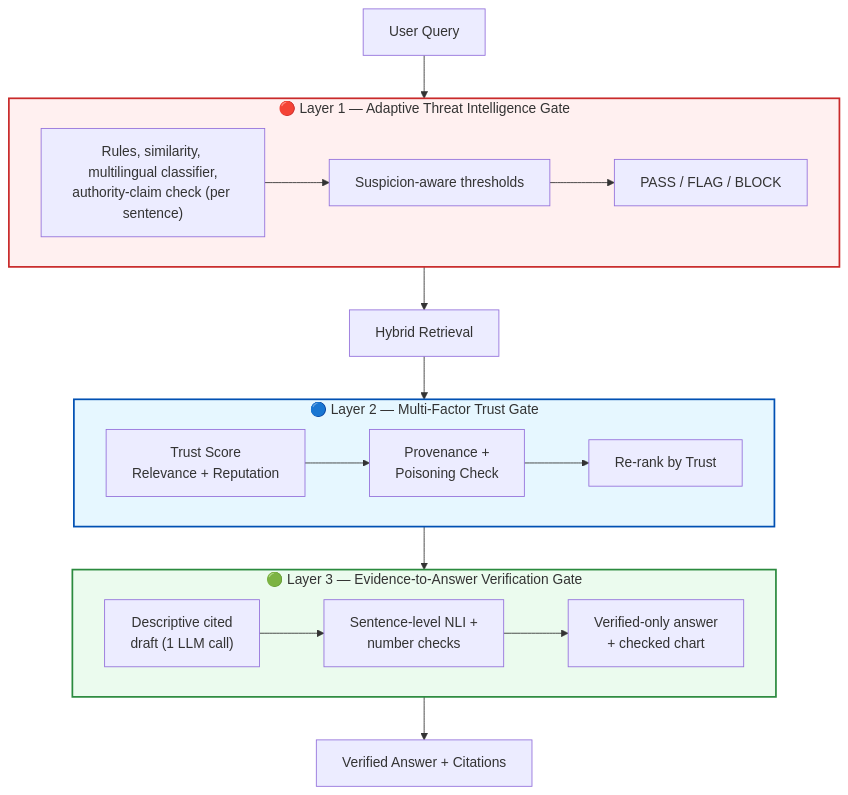
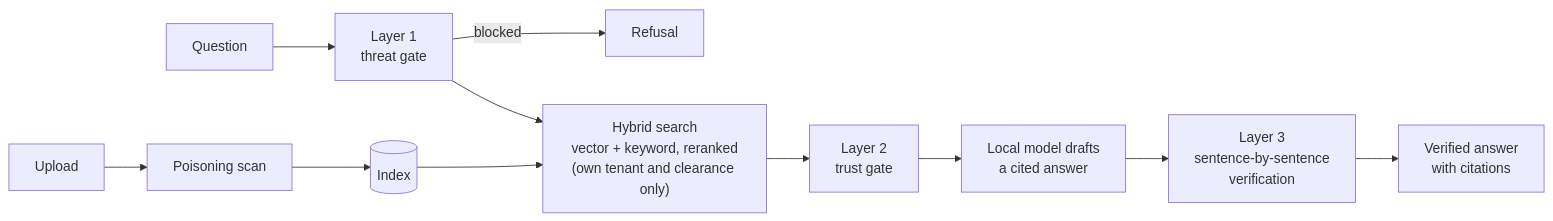
Before and after one commit to SakthiQ/ATTS-RAG: the diagram in README.md, drawn with Mermaid. The commit also changed other lines of this file and 5 other files, not shown here.

````diff
--- a/README.md
+++ b/README.md
@@ -108,27 +44,12 @@
 ```mermaid
-flowchart TD
-    UQ["User Query"] --> L1
-
-    subgraph L1["🔴 Layer 1 — Adaptive Threat Intelligence Gate"]
-        L1a["Rules, similarity, multilingual classifier,<br/>authority-claim check (per sentence)"] --> L1b["Suspicion-aware thresholds"] --> L1c["PASS / FLAG / BLOCK"]
-    end
-
-    L1 --> Retrieval["Hybrid Retrieval"]
-    Retrieval --> L2
-
-    subgraph L2["🔵 Layer 2 — Multi-Factor Trust Gate"]
-        L2a["Trust Score<br/>Relevance + Reputation"] --> L2b["Provenance +<br/>Poisoning Check"] --> L2c["Re-rank by Trust"]
-    end
-
-    L2 --> L3
-
-    subgraph L3["🟢 Layer 3 — Evidence-to-Answer Verification Gate"]
-        L3a["Descriptive cited<br/>draft (1 LLM call)"] --> L3b["Sentence-level NLI +<br/>number checks"] --> L3c["Verified-only answer<br/>+ checked chart"]
-    end
-
-    L3 --> Final["Verified Answer + Citations"]
-
-    style L1 fill:#fff0f0,stroke:#c92a2a,stroke-width:2px
-    style L2 fill:#e6f7ff,stroke:#0050b3,stroke-width:2px
-    style L3 fill:#ebfbee,stroke:#2b8a3e,stroke-width:2px
+flowchart LR
+    Q["Question"] --> L1["Layer 1<br/>threat gate"]
+    L1 -->|blocked| R1["Refusal"]
+    L1 --> S["Hybrid search<br/>vector + keyword, reranked<br/>(own tenant and clearance only)"]
+    S --> L2["Layer 2<br/>trust gate"]
+    L2 --> G["Local model drafts<br/>a cited answer"]
+    G --> L3["Layer 3<br/>sentence-by-sentence<br/>verification"]
+    L3 --> A["Verified answer<br/>with citations"]
+    U["Upload"] --> P["Poisoning scan"] --> I[("Index")]
+    I --> S
 ```
````
